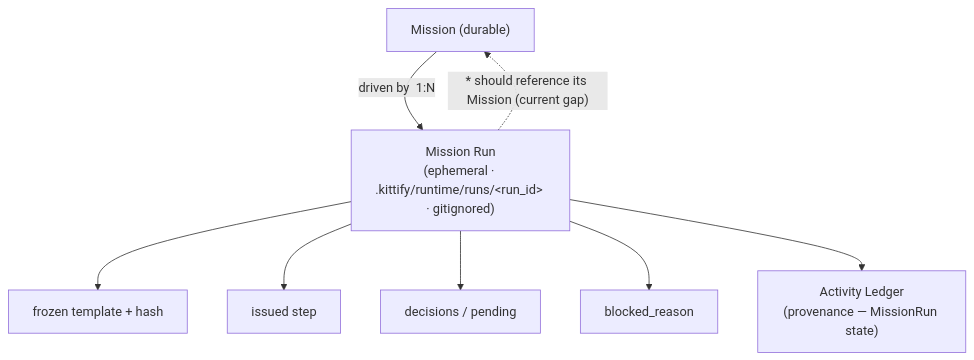
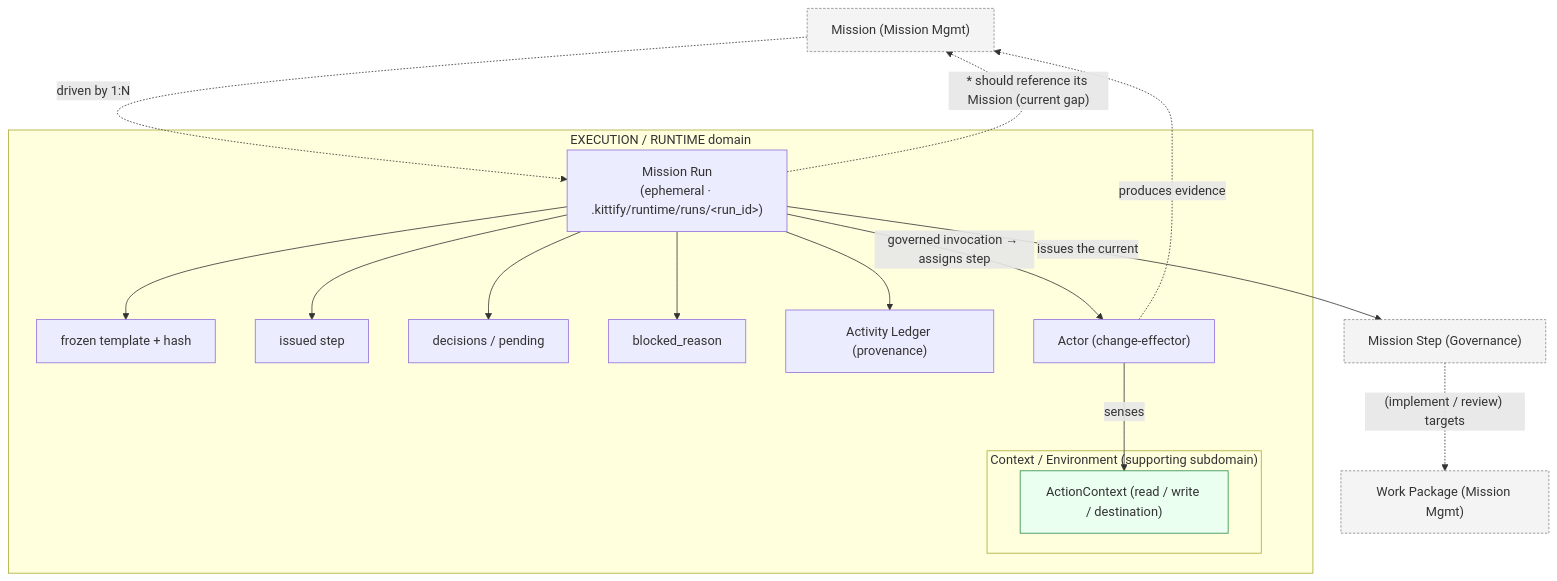
Before and after one commit to Priivacy-ai/spec-kitty: the fourth of 8 diagrams in docs/engineering_notes/runtime_and_state_overhaul/14-model-diagrams.md, drawn with Mermaid. The commit also changed other lines of this file, not shown here.

First line of the commit message:
docs(architecture): propagate execution spine into 2b/2c/2e diagrams (#1619)

````diff
--- a/docs/engineering_notes/runtime_and_state_overhaul/14-model-diagrams.md
+++ b/docs/engineering_notes/runtime_and_state_overhaul/14-model-diagrams.md
@@ -179,9 +194,27 @@
 ```mermaid
 graph TD
-  M["Mission (durable)"]
-  R["Mission Run<br/>(ephemeral · .kittify/runtime/runs/&lt;run_id&gt; · gitignored)"]
-  FT["frozen template + hash"]; IS["issued step"]; DEC["decisions / pending"]; BR["blocked_reason"]; AL["Activity Ledger<br/>(provenance — MissionRun state)"]
-  M -->|"driven by &nbsp;1:N"| R
+  classDef ext fill:#f4f4f4,stroke:#888,stroke-dasharray:3 2;
+  classDef sup fill:#eafff0,stroke:#2b8c4b,stroke-width:1px;
+
+  MS["Mission Step (Governance)"]:::ext
+  M["Mission (Mission Mgmt)"]:::ext
+  WP["Work Package (Mission Mgmt)"]:::ext
+
+  subgraph EXEC["EXECUTION / RUNTIME domain"]
+    R["Mission Run<br/>(ephemeral · .kittify/runtime/runs/&lt;run_id&gt;)"]
+    FT["frozen template + hash"]; IS["issued step"]; DEC["decisions / pending"]; BR["blocked_reason"]; AL["Activity Ledger (provenance)"]
+    ACTOR["Actor (change-effector)"]
+    subgraph CTX["Context / Environment (supporting subdomain)"]
+      CTXc["ActionContext (read / write / destination)"]:::sup
+    end
+  end
+
+  M -.->|"driven by  1:N"| R
   R --> FT & IS & DEC & BR & AL
+  R -->|"issues the current"| MS
+  MS -.->|"(implement / review) targets"| WP
+  R -->|"governed invocation → assigns step"| ACTOR
+  ACTOR -->|"senses"| CTXc
+  ACTOR -.->|"produces evidence"| M
   R -.->|"* should reference its Mission (current gap)"| M
 ```
````
